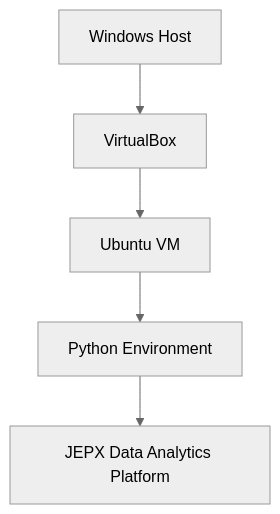
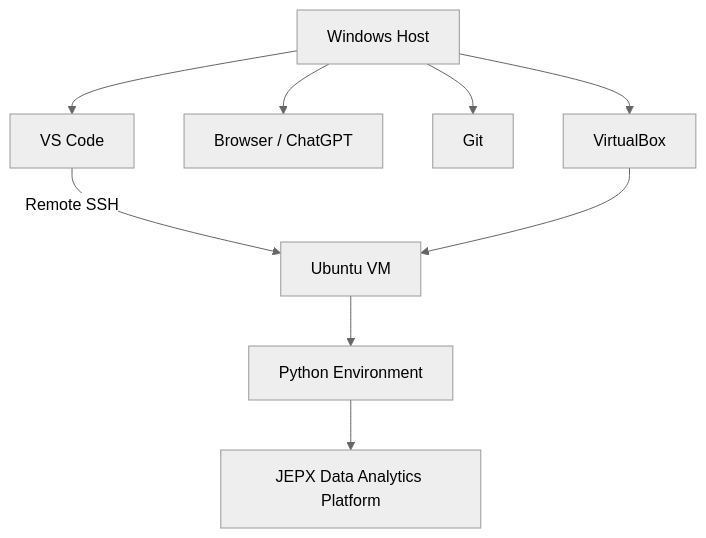
One commit to banzai80311315/jepx-data-analytics-platform changed the first of 10 diagrams in README.md. Above: the diagram before and after it, drawn with Mermaid (neutral theme). The commit also changed other lines of this file, not shown here.

````diff
--- a/README.md
+++ b/README.md
@@ -26,8 +27,14 @@
 ```mermaid
 flowchart TD
     A[Windows Host]
-    A --> B[VirtualBox]
-    B --> C[Ubuntu VM]
-    C --> D[Python Environment]
-    D --> E[JEPX Data Analytics Platform]
+    A --> B[VS Code]
+    A --> C[Browser / ChatGPT]
+    A --> D[Git]
+    A --> E[VirtualBox]
+
+    B -->|Remote SSH| F[Ubuntu VM]
+    E --> F
+
+    F --> G[Python Environment]
+    G --> H[JEPX Data Analytics Platform]
 ```
````
